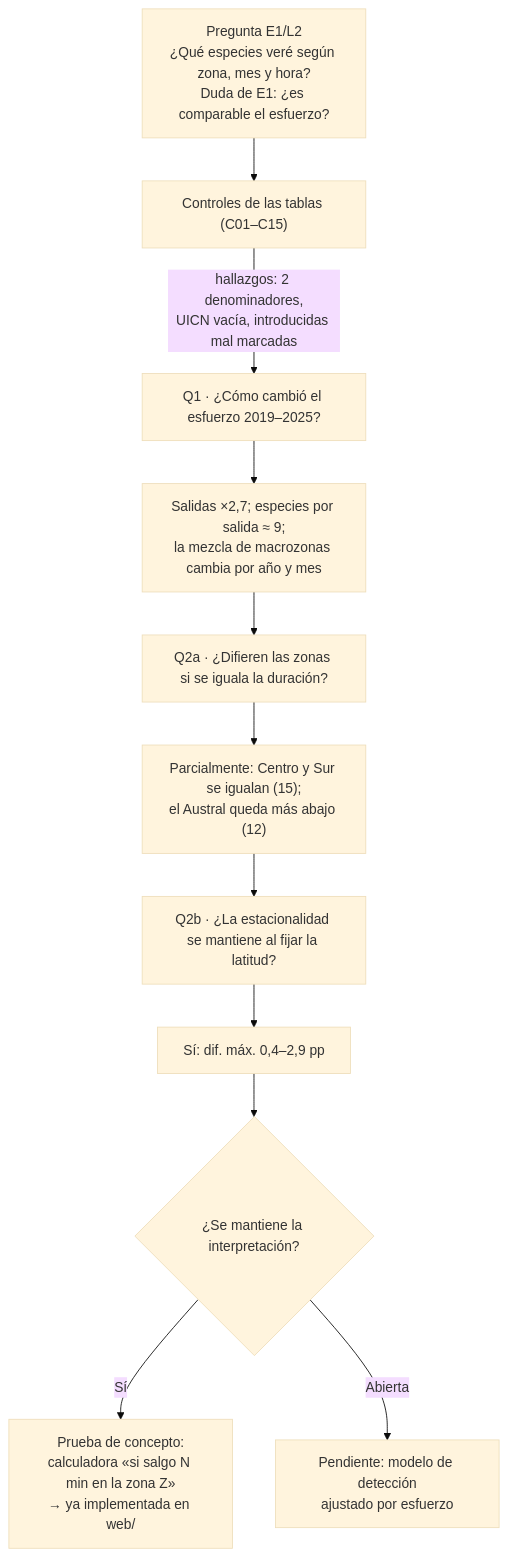
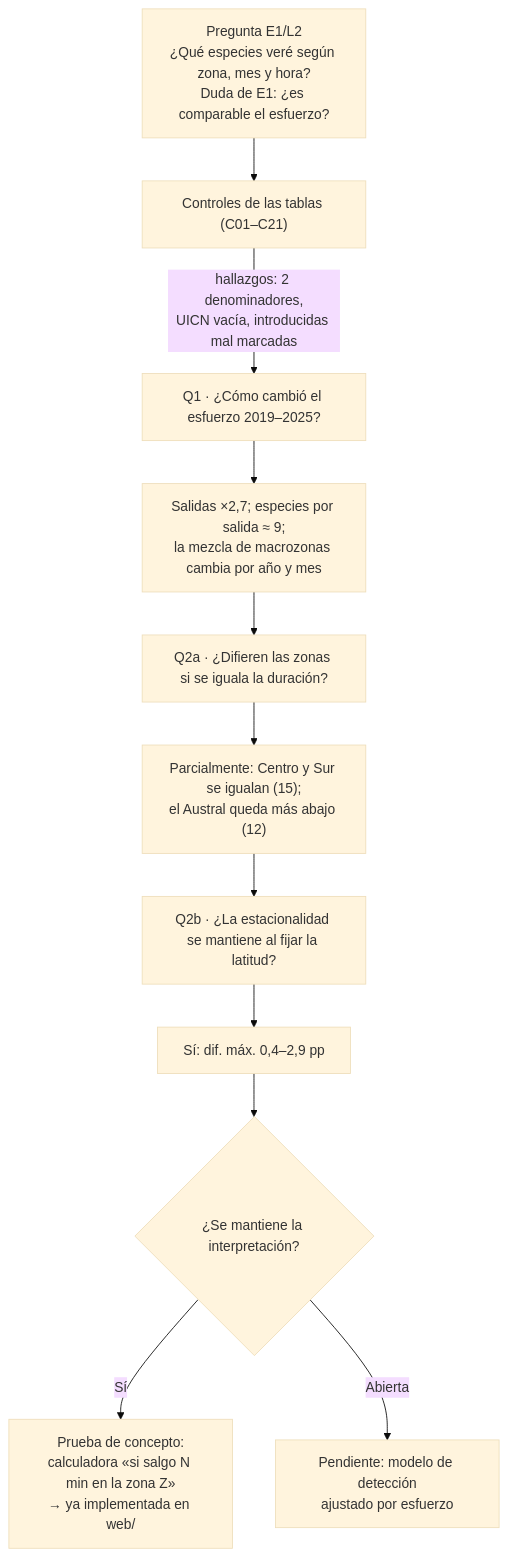
One commit to nacho-huala/aves-chile-atlas changed the third of 4 diagrams in README.md. Above: the diagram before and after it, drawn with Mermaid (base theme). The commit also changed other lines of this file and 606 other files, not shown here.

````diff
--- a/README.md
+++ b/README.md
@@ -144,13 +149,13 @@
 ```mermaid
 flowchart TD
     P0["Pregunta E1/L2<br/>¿Qué especies veré según zona, mes y hora?<br/>Duda de E1: ¿es comparable el esfuerzo?"] --> C0
-    C0["Controles de las tablas (C01–C15)"] -->|"hallazgos: 2 denominadores,<br/>UICN vacía, introducidas mal marcadas"| Q1
+    C0["Controles de las tablas (C01–C21)"] -->|"hallazgos: 2 denominadores,<br/>UICN vacía, introducidas mal marcadas"| Q1
     Q1["Q1 · ¿Cómo cambió el esfuerzo 2019–2025?"] --> O1
     O1["Salidas ×2,7; especies por salida ≈ 9;<br/>la mezcla de macrozonas cambia por año y mes"] --> Q2a
     Q2a["Q2a · ¿Difieren las zonas si se iguala la duración?"] --> O2a
     O2a["Parcialmente: Centro y Sur se igualan (15);<br/>el Austral queda más abajo (12)"] --> Q2b
     Q2b["Q2b · ¿La estacionalidad se mantiene al fijar la latitud?"] --> O2b
     O2b["Sí: dif. máx. 0,4–2,9 pp"] --> D{"¿Se mantiene la interpretación?"}
     D -->|Sí| PoC["Prueba de concepto:<br/>calculadora «si salgo N min en la zona Z»<br/>→ ya implementada en web/"]
     D -->|"Abierta"| N["Pendiente: modelo de detección<br/>ajustado por esfuerzo"]
 ```
````
